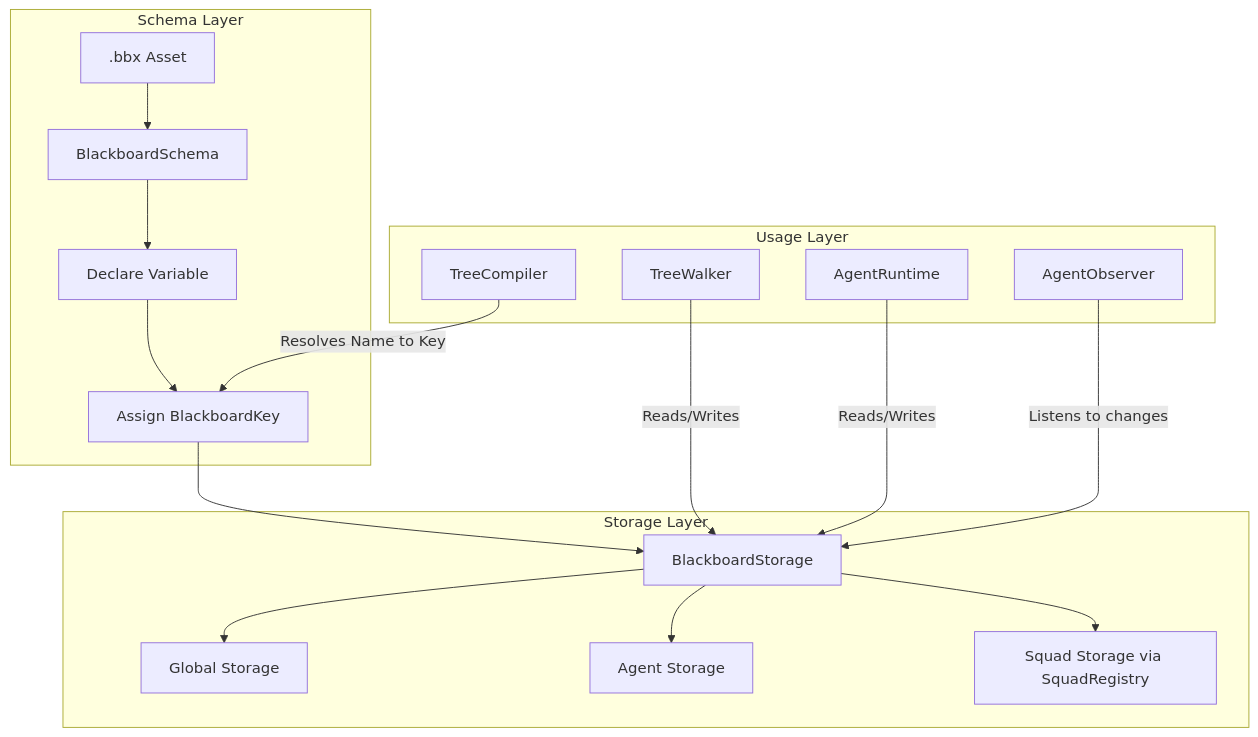
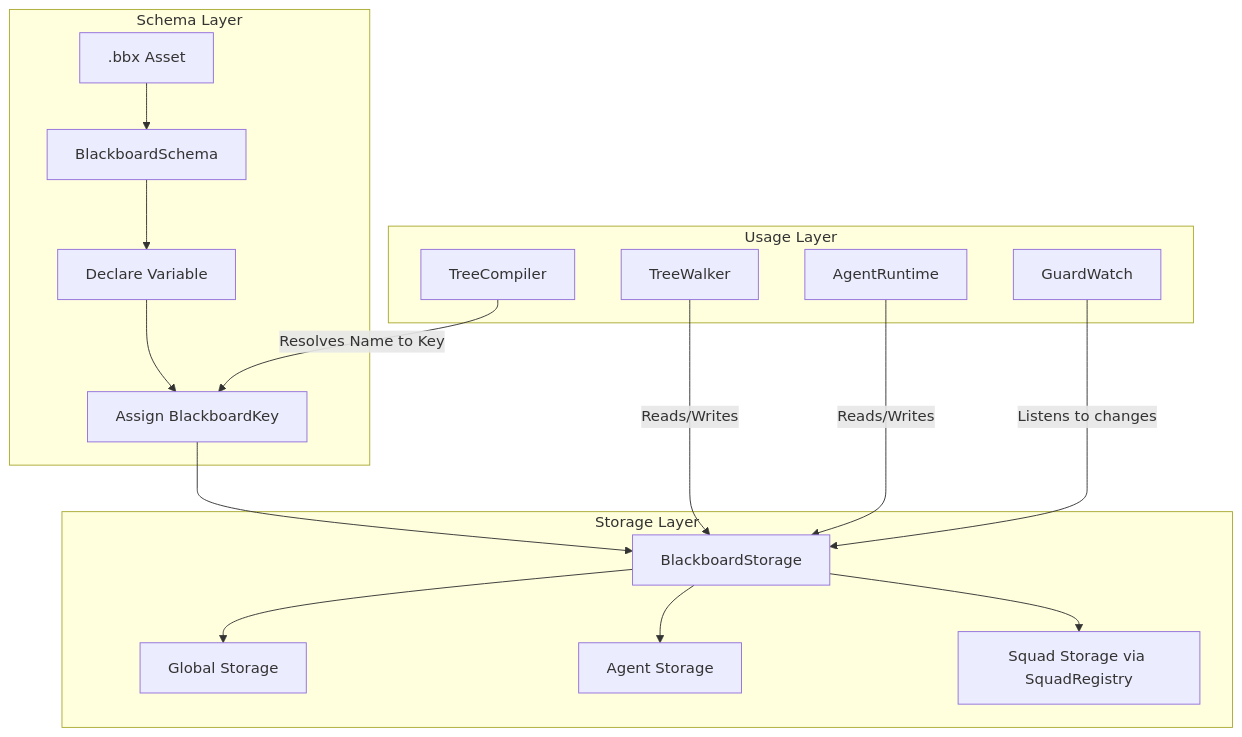
Before and after one commit to jabbadablack/G.O.A.T: the diagram in Docs/01 - Architecture/Blackboard System.md, drawn with Mermaid. The commit also changed other lines of this file and 44 other files, not shown here.

````diff
--- a/Docs/01 - Architecture/Blackboard System.md
+++ b/Docs/01 - Architecture/Blackboard System.md
@@ -28,22 +28,22 @@
 ```mermaid
 graph TD
     subgraph Schema[Schema Layer]
         A[.bbx Asset] --> B[BlackboardSchema]
         B --> C[Declare Variable]
         C --> D[Assign BlackboardKey]
     end
 
     subgraph Storage[Storage Layer]
         D --> E[BlackboardStorage]
         E --> F[Global Storage]
         E --> G[Agent Storage]
         E --> H[Squad Storage via SquadRegistry]
     end
 
     subgraph Usage[Usage Layer]
         I[TreeCompiler] -->|Resolves Name to Key| D
         J[TreeWalker] -->|Reads/Writes| E
         K[AgentRuntime] -->|Reads/Writes| E
-        L[AgentObserver] -->|Listens to changes| E
+        L[GuardWatch] -->|Listens to changes| E
     end
 ```
````
